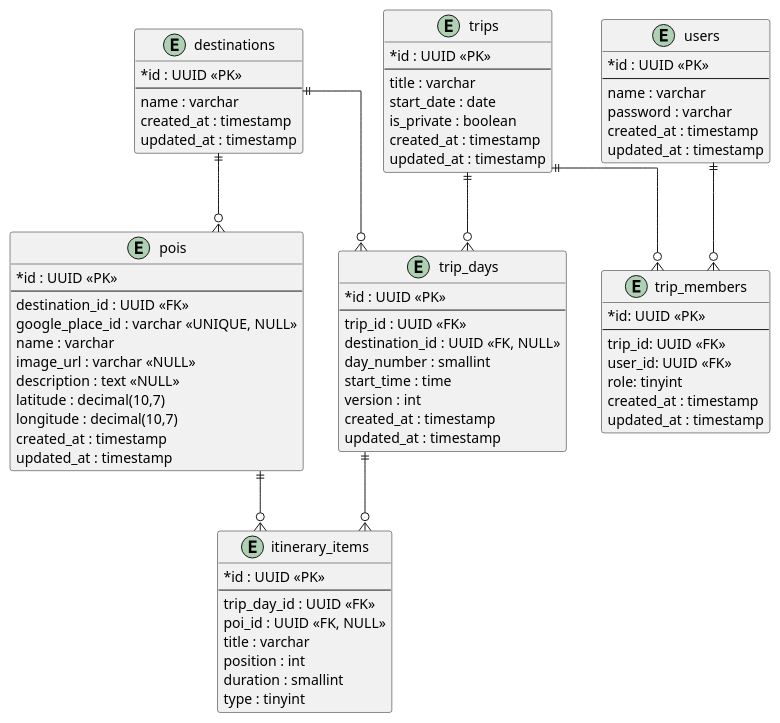
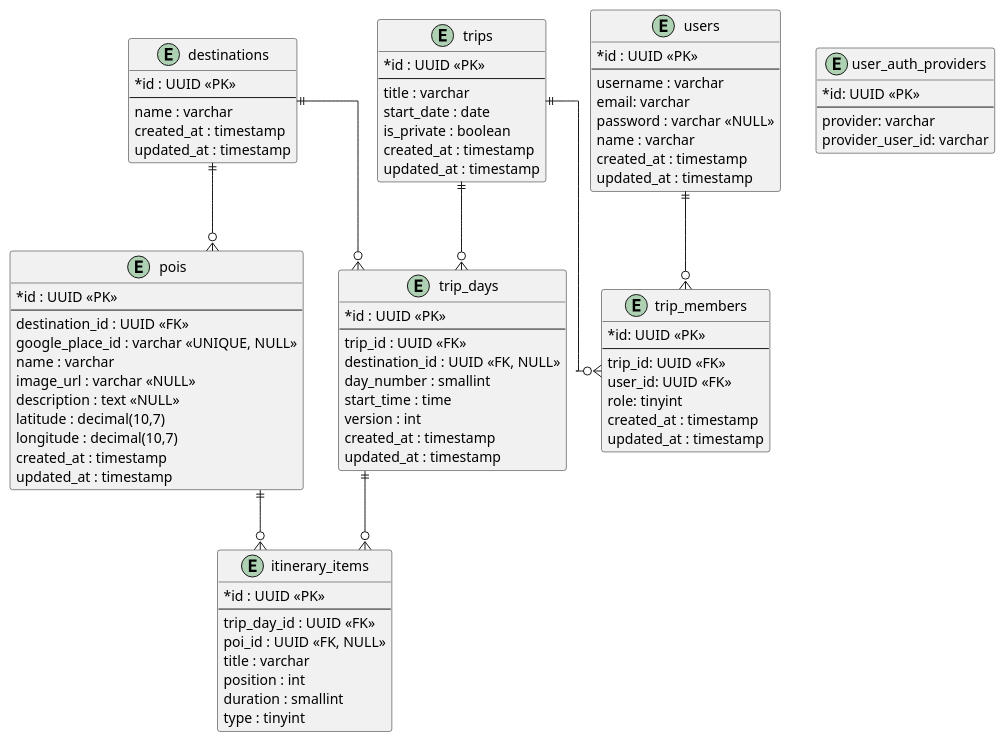
One commit to MazterSamzz/Trip changed the diagram in docs/architecture/erd/trip-erd.puml. Above: the diagram before and after it, drawn with PlantUML. The commit also changed 29 other files, not shown here.

```diff
--- a/docs/architecture/erd/trip-erd.puml
+++ b/docs/architecture/erd/trip-erd.puml
@@ -1,92 +1,101 @@
 @startuml Trip
 skinparam linetype ortho
 skinparam classAttributeIconSize 0
 
 ' ===== Entitas utama =====
 entity trips {
     * id : UUID <<PK>>
     --
     title : varchar
     start_date : date
     is_private : boolean
     created_at : timestamp
     updated_at : timestamp
 }
 
 entity destinations {
     * id : UUID <<PK>>
     --
     name : varchar
     created_at : timestamp
     updated_at : timestamp
 }
 
 entity pois {
     * id : UUID <<PK>>
     --
     destination_id : UUID <<FK>>
     google_place_id : varchar <<UNIQUE, NULL>>
     name : varchar
     image_url : varchar <<NULL>>
     description : text <<NULL>>
     latitude : decimal(10,7)
     longitude : decimal(10,7)
     created_at : timestamp
     updated_at : timestamp
 }
 
 entity trip_days {
     * id : UUID <<PK>>
     --
     trip_id : UUID <<FK>>
     destination_id : UUID <<FK, NULL>>
     day_number : smallint
     start_time : time
     version : int
     created_at : timestamp
     updated_at : timestamp
 }
 
 entity itinerary_items {
     * id : UUID <<PK>>
     --
     trip_day_id : UUID <<FK>>
     poi_id : UUID <<FK, NULL>>
     title : varchar
     position : int
     duration : smallint
     type : tinyint
 }
 
 entity users {
     * id : UUID <<PK>>
     --
+    username : varchar
+    email: varchar
+    password : varchar <<NULL>>
     name : varchar
-    password : varchar
     created_at : timestamp
     updated_at : timestamp
+}
+
+entity user_auth_providers {
+    *id: UUID <<PK>>
+    --
+    provider: varchar
+    provider_user_id: varchar
 }
 
 entity trip_members {
     *id: UUID <<PK>>
     --
     trip_id: UUID <<FK>>
     user_id: UUID <<FK>>
     role: tinyint
     created_at : timestamp
     updated_at : timestamp
 }
 
 ' ===== Relationships =====
 trips ||--o{ trip_days
 trips ||--o{ trip_members
 users ||--o{ trip_members
 
 destinations ||--o{ pois
 destinations ||--o{ trip_days
 
 trip_days ||--o{ itinerary_items
 pois ||--o{ itinerary_items
 
 
 @enduml
```
